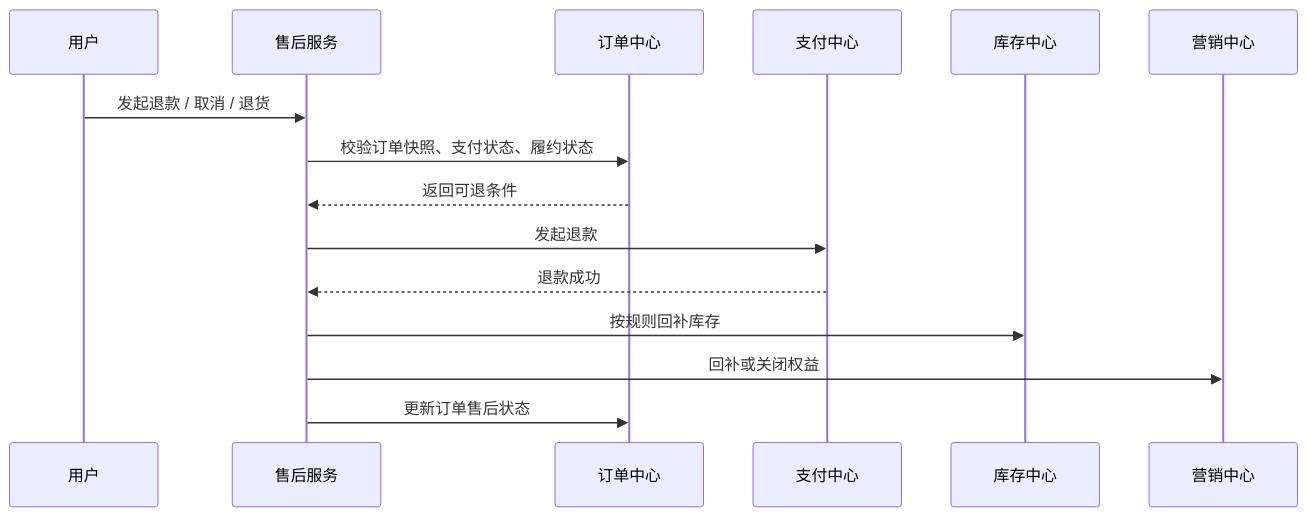
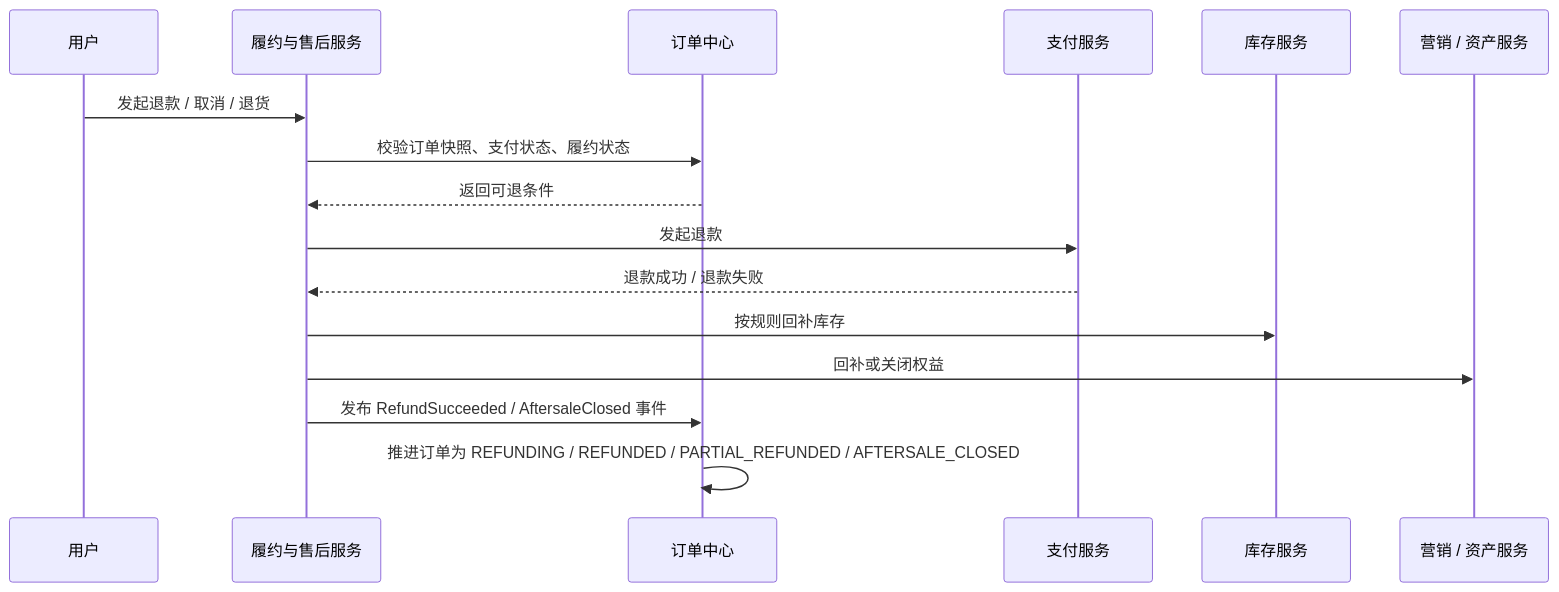
One commit to wxquare/wxquare.github.io changed diagram 14 of 14 in books/system-design-architecture-book/src/part02/13-ecommerce-customer-lifecycle.md. Above: the diagram before and after it, drawn with Mermaid. The commit also changed other lines of this file, not shown here.

````diff
--- a/books/system-design-architecture-book/src/part02/13-ecommerce-customer-lifecycle.md
+++ b/books/system-design-architecture-book/src/part02/13-ecommerce-customer-lifecycle.md
@@ -2164,18 +2323,19 @@
 ```mermaid
 sequenceDiagram
     participant U as 用户
-    participant AS as 售后服务
+    participant FA as 履约与售后服务
     participant O as 订单中心
-    participant PAY as 支付中心
-    participant IV as 库存中心
-    participant MK as 营销中心
+    participant PAY as 支付服务
+    participant IV as 库存服务
+    participant MK as 营销 / 资产服务
 
-    U->>AS: 发起退款 / 取消 / 退货
-    AS->>O: 校验订单快照、支付状态、履约状态
-    O-->>AS: 返回可退条件
-    AS->>PAY: 发起退款
-    PAY-->>AS: 退款成功
-    AS->>IV: 按规则回补库存
-    AS->>MK: 回补或关闭权益
-    AS->>O: 更新订单售后状态
+    U->>FA: 发起退款 / 取消 / 退货
+    FA->>O: 校验订单快照、支付状态、履约状态
+    O-->>FA: 返回可退条件
+    FA->>PAY: 发起退款
+    PAY-->>FA: 退款成功 / 退款失败
+    FA->>IV: 按规则回补库存
+    FA->>MK: 回补或关闭权益
+    FA->>O: 发布 RefundSucceeded / AftersaleClosed 事件
+    O->>O: 推进订单为 REFUNDING / REFUNDED / PARTIAL_REFUNDED / AFTERSALE_CLOSED
 ```
````
